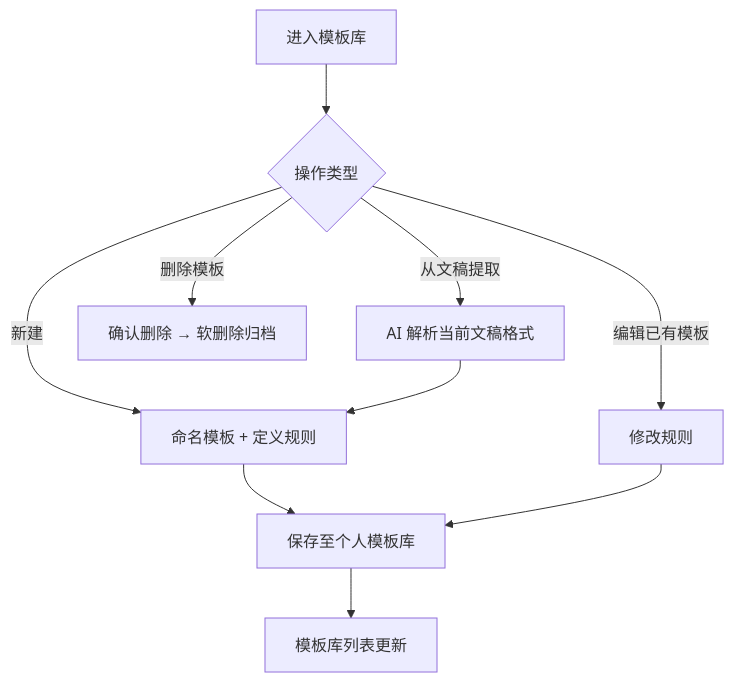
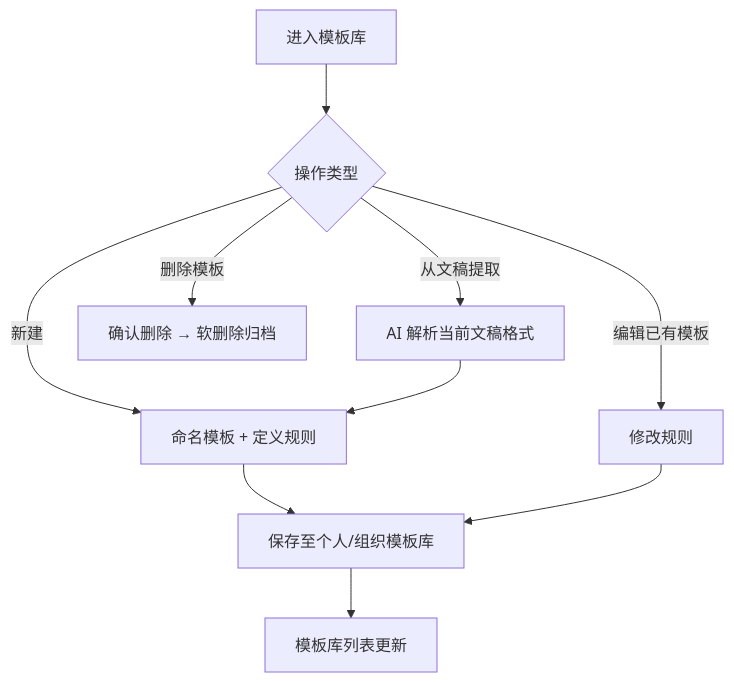
The fourth of 4 diagrams in PRD.md (wfpepsi/black_tea), drawn with Mermaid before and after one commit. The commit also changed other lines of this file, not shown here.

````diff
--- a/PRD.md
+++ b/PRD.md
@@ -155,11 +170,11 @@
 ```mermaid
 flowchart TD
     A[进入模板库] --> B{操作类型}
     B -- 新建 --> C[命名模板 + 定义规则]
-    C --> D[保存至个人模板库]
+    C --> D[保存至个人/组织模板库]
     B -- 从文稿提取 --> E[AI 解析当前文稿格式]
     E --> C
     B -- 编辑已有模板 --> F[修改规则] --> D
     B -- 删除模板 --> G[确认删除 → 软删除归档]
     D --> H[模板库列表更新]
 ```
````
